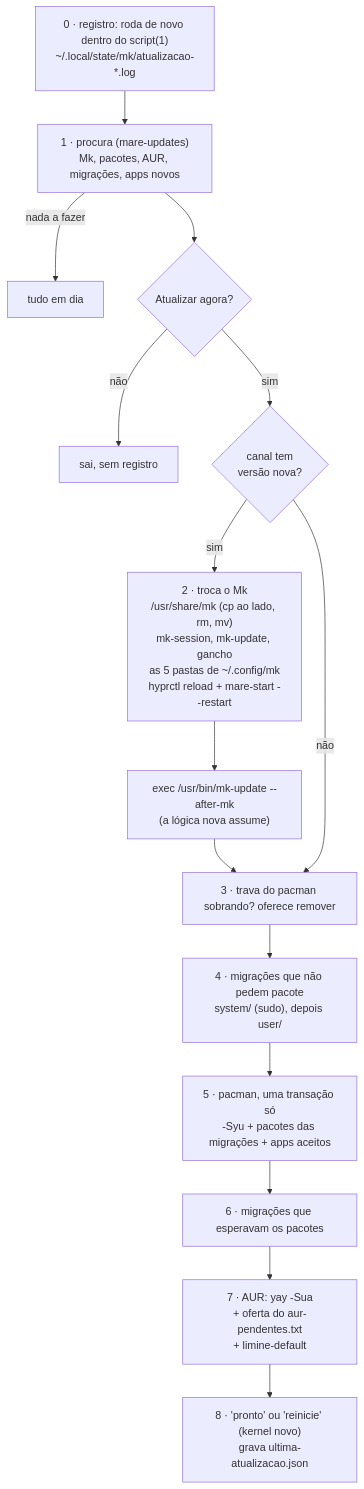
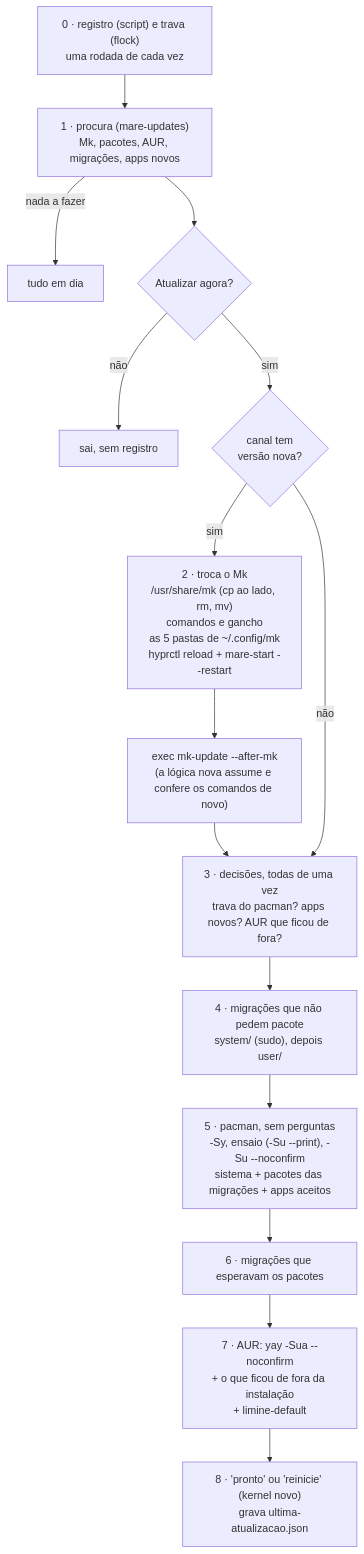
The diagram in vault/10 Atualização e ciclo de vida/mk-update.md (codexmark/mk-releases), drawn with Mermaid before and after one commit. The commit also changed other lines of this file and 112 other files, not shown here.

````diff
--- a/vault/10 Atualização e ciclo de vida/mk-update.md
+++ b/vault/10 Atualização e ciclo de vida/mk-update.md
@@ -25,17 +26,17 @@
 ```mermaid
 flowchart TD
-    Z["0 · registro: roda de novo dentro do script(1)<br/>~/.local/state/mk/atualizacao-*.log"] --> A["1 · procura (mare-updates)<br/>Mk, pacotes, AUR, migrações, apps novos"]
+    Z["0 · registro (script) e trava (flock)<br/>uma rodada de cada vez"] --> A["1 · procura (mare-updates)<br/>Mk, pacotes, AUR, migrações, apps novos"]
     A -->|"nada a fazer"| FIM0["tudo em dia"]
     A --> Q{"Atualizar agora?"}
     Q -->|não| SAI["sai, sem registro"]
     Q -->|sim| MK{"canal tem<br/>versão nova?"}
-    MK -->|sim| T["2 · troca o Mk<br/>/usr/share/mk (cp ao lado, rm, mv)<br/>mk-session, mk-update, gancho<br/>as 5 pastas de ~/.config/mk<br/>hyprctl reload + mare-start --restart"]
-    T --> EX["exec /usr/bin/mk-update --after-mk<br/>(a lógica nova assume)"]
-    EX --> L
-    MK -->|não| L["3 · trava do pacman sobrando? oferece remover"]
-    L --> M1["4 · migrações que não pedem pacote<br/>system/ (sudo), depois user/"]
-    M1 --> P["5 · pacman, uma transação só<br/>-Syu + pacotes das migrações + apps aceitos"]
+    MK -->|sim| T["2 · troca o Mk<br/>/usr/share/mk (cp ao lado, rm, mv)<br/>comandos e gancho<br/>as 5 pastas de ~/.config/mk<br/>hyprctl reload + mare-start --restart"]
+    T --> EX["exec mk-update --after-mk<br/>(a lógica nova assume e confere os comandos de novo)"]
+    EX --> D
+    MK -->|não| D["3 · decisões, todas de uma vez<br/>trava do pacman? apps novos? AUR que ficou de fora?"]
+    D --> M1["4 · migrações que não pedem pacote<br/>system/ (sudo), depois user/"]
+    M1 --> P["5 · pacman, sem perguntas<br/>-Sy, ensaio (-Su --print), -Su --noconfirm<br/>sistema + pacotes das migrações + apps aceitos"]
     P --> M2["6 · migrações que esperavam os pacotes"]
-    M2 --> AUR["7 · AUR: yay -Sua<br/>+ oferta do aur-pendentes.txt<br/>+ limine-default"]
+    M2 --> AUR["7 · AUR: yay -Sua --noconfirm<br/>+ o que ficou de fora da instalação<br/>+ limine-default"]
     AUR --> FIM["8 · 'pronto' ou 'reinicie' (kernel novo)<br/>grava ultima-atualizacao.json"]
 ```
````
